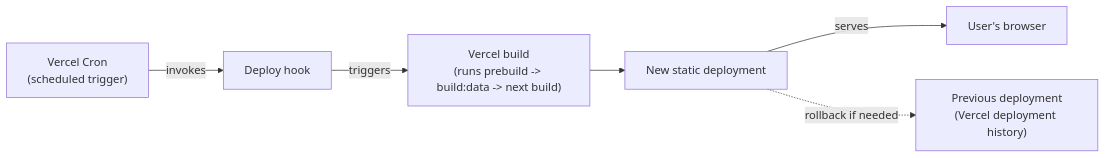
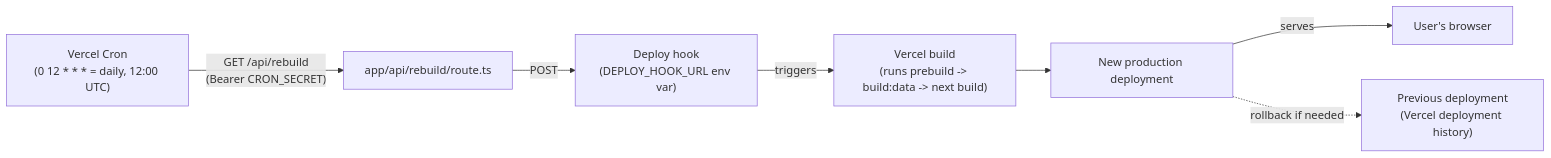
The second of 3 diagrams in Project Documents/surveillance-dashboard/10-technical-specification.md (akaheto/popHive), drawn with Mermaid before and after one commit. The commit also changed other lines of this file and 6 other files, not shown here.

````diff
--- a/Project Documents/surveillance-dashboard/10-technical-specification.md
+++ b/Project Documents/surveillance-dashboard/10-technical-specification.md
@@ -85,8 +85,9 @@
 ```mermaid
 flowchart LR
-    Cron["Vercel Cron\n(scheduled trigger)"] -->|"invokes"| Hook["Deploy hook"]
+    Cron["Vercel Cron\n(0 12 * * * = daily, 12:00 UTC)"] -->|"GET /api/rebuild\n(Bearer CRON_SECRET)"| Route["app/api/rebuild/route.ts"]
+    Route -->|"POST"| Hook["Deploy hook\n(DEPLOY_HOOK_URL env var)"]
     Hook -->|"triggers"| Build["Vercel build\n(runs prebuild -> build:data -> next build)"]
-    Build --> Deploy["New static deployment"]
+    Build --> Deploy["New production deployment"]
     Deploy -->|"serves"| Browser["User's browser"]
     Deploy -.->|"rollback if needed"| Prior["Previous deployment\n(Vercel deployment history)"]
 ```
````
